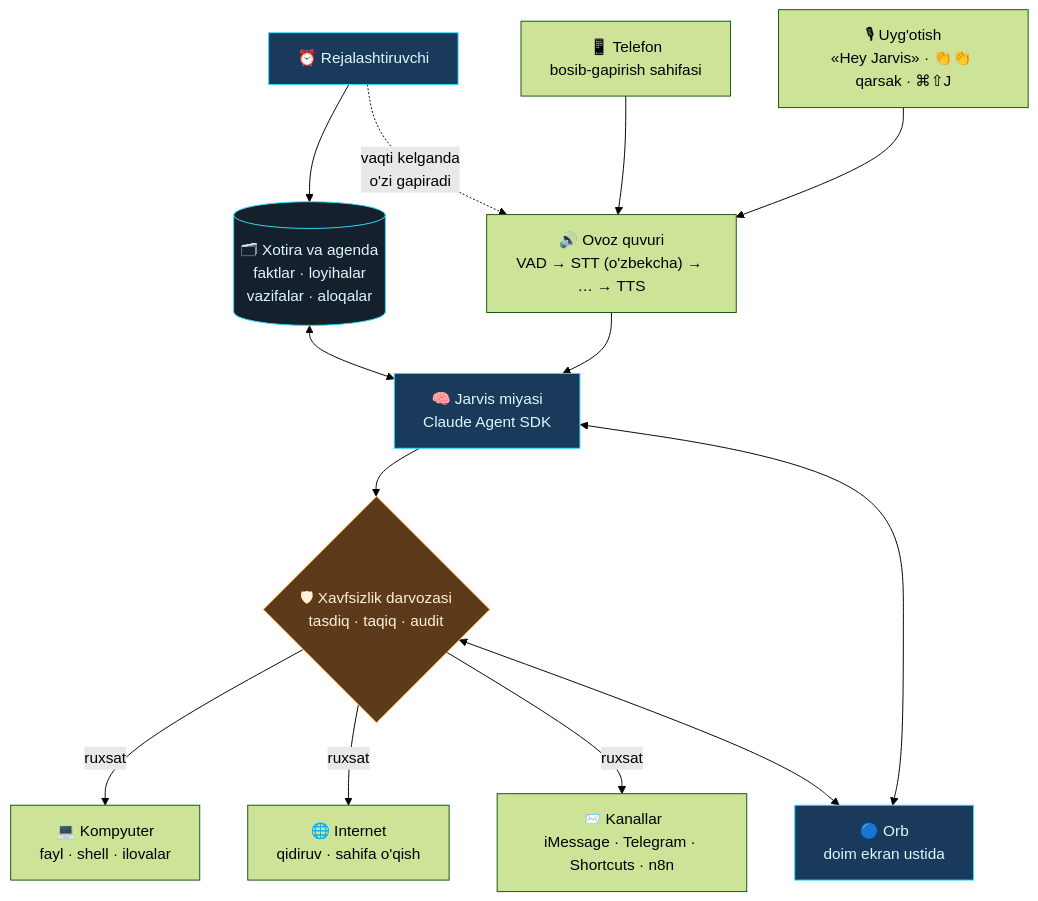
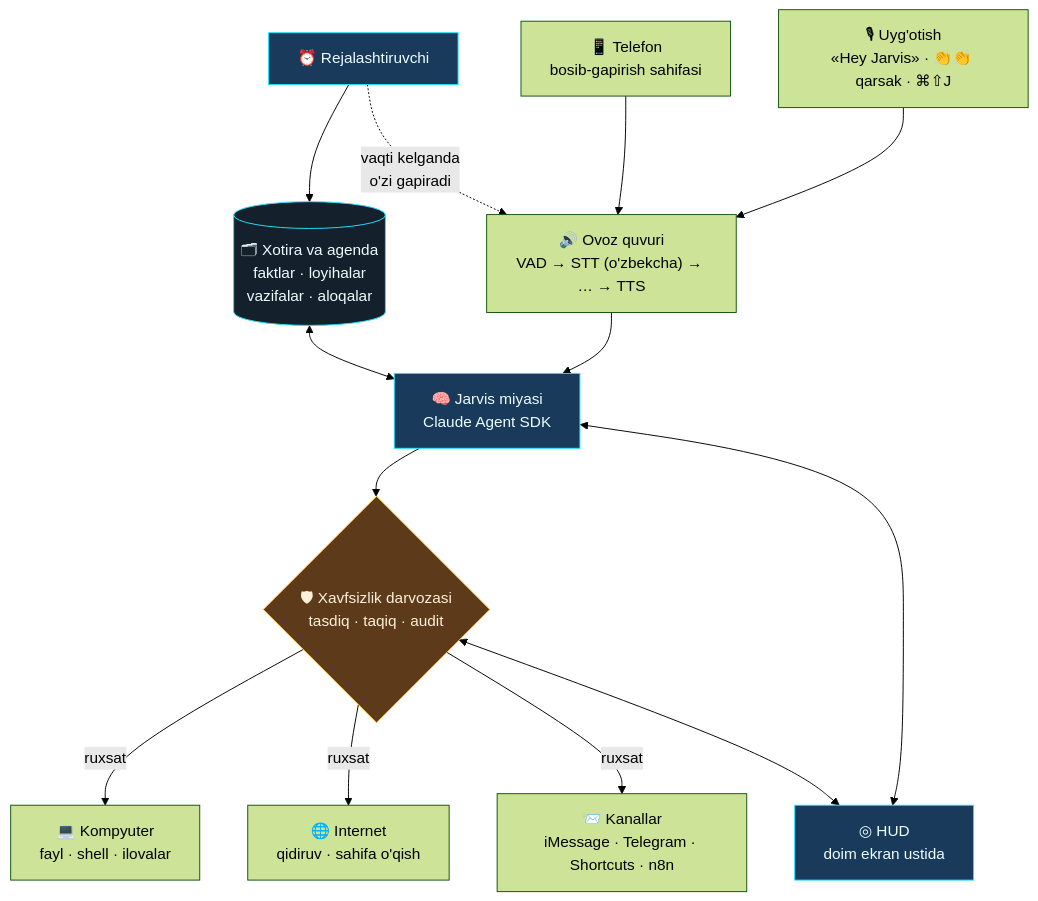
The diagram in README.md (kamolbeek/jarvis-assistant), drawn with Mermaid (forest theme) before and after one commit. The commit also changed other lines of this file and 12 other files, not shown here.

````diff
--- a/README.md
+++ b/README.md
@@ -9,28 +9,28 @@
 ```mermaid
 flowchart TD
     A["🎙 Uyg'otish<br/>«Hey Jarvis» · 👏👏 qarsak · ⌘⇧J"] --> B
     P["📱 Telefon<br/>bosib-gapirish sahifasi"] --> B
 
     B["🔊 Ovoz quvuri<br/>VAD → STT (o'zbekcha) → … → TTS"] --> C
 
     C["🧠 Jarvis miyasi<br/>Claude Agent SDK"] --> D
 
     D{"🛡 Xavfsizlik darvozasi<br/>tasdiq · taqiq · audit"}
 
     D -->|ruxsat| E["💻 Kompyuter<br/>fayl · shell · ilovalar"]
     D -->|ruxsat| F["🌐 Internet<br/>qidiruv · sahifa o'qish"]
     D -->|ruxsat| G["📨 Kanallar<br/>iMessage · Telegram · Shortcuts · n8n"]
 
     M[("🗂 Xotira va agenda<br/>faktlar · loyihalar<br/>vazifalar · aloqalar")] <--> C
     S["⏰ Rejalashtiruvchi"] --> M
     S -.->|"vaqti kelganda<br/>o'zi gapiradi"| B
 
-    C <--> H["🔵 Orb<br/>doim ekran ustida"]
+    C <--> H["◎ HUD<br/>doim ekran ustida"]
     D <--> H
 
-    style C fill:#1a3a5c,stroke:#35e0ff,color:#dff6ff
+    style C fill:#1a3a5c,stroke:#22e3ff,color:#ecfdff
     style D fill:#5c3a1a,stroke:#ffb545,color:#fff0d9
-    style H fill:#1a3a5c,stroke:#35e0ff,color:#dff6ff
-    style S fill:#1a3a5c,stroke:#35e0ff,color:#dff6ff
-    style M fill:#14202c,stroke:#35e0ff,color:#dff6ff
+    style H fill:#1a3a5c,stroke:#22e3ff,color:#ecfdff
+    style S fill:#1a3a5c,stroke:#22e3ff,color:#ecfdff
+    style M fill:#14202c,stroke:#22e3ff,color:#ecfdff
 ```
````
